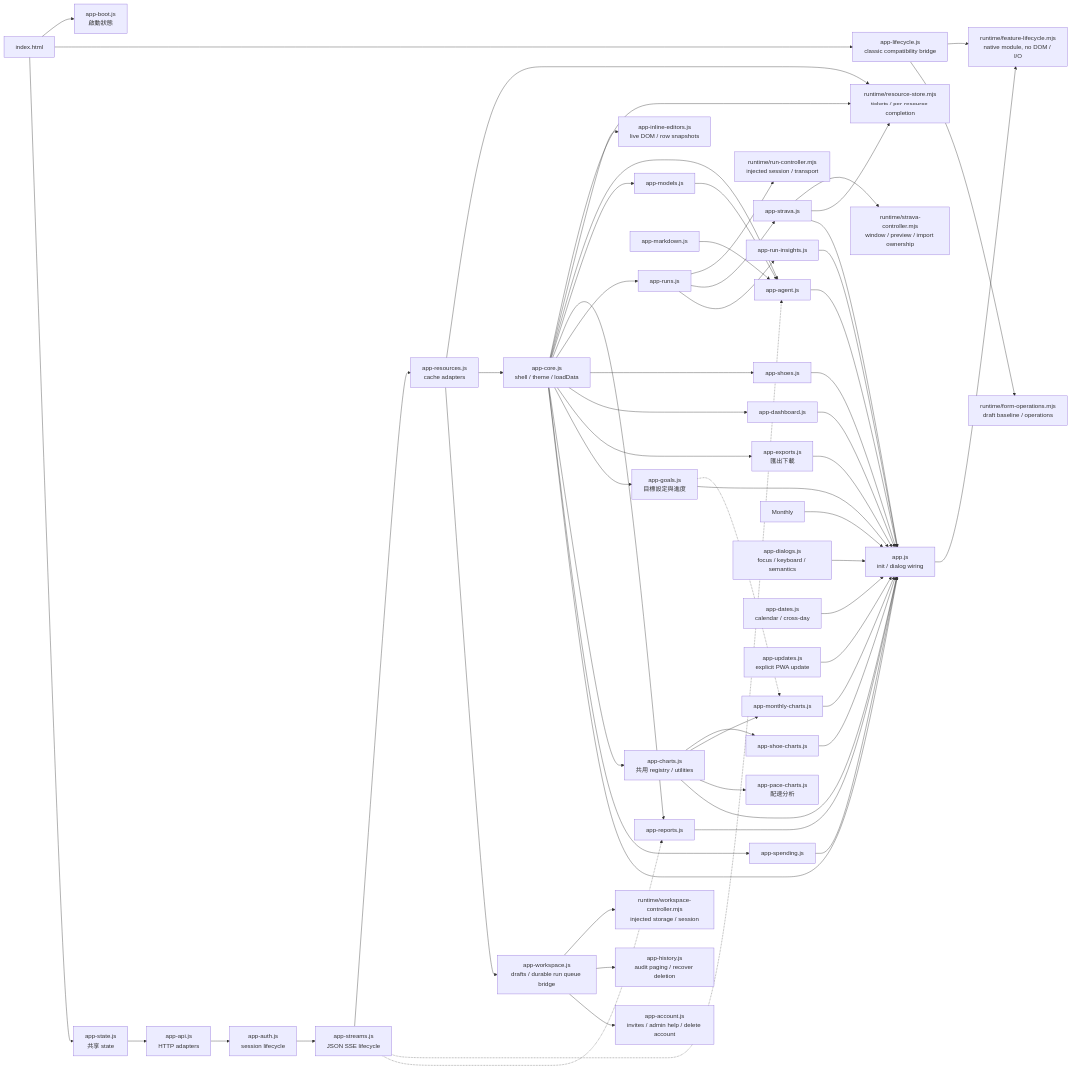
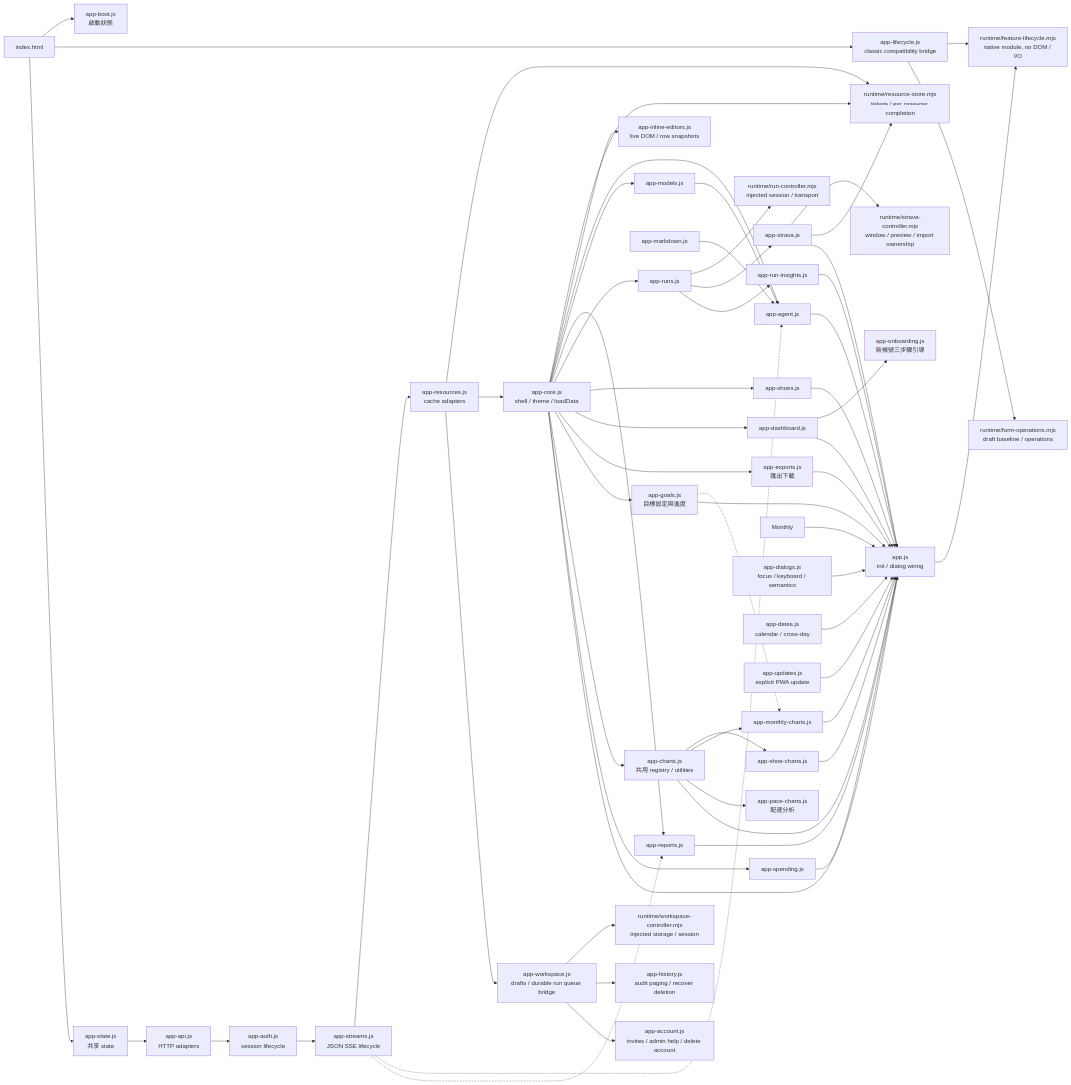
One commit to Teng91/running-shoes changed the sixth of 15 diagrams in docs/architecture.md. Above: the diagram before and after it, drawn with Mermaid. The commit also changed other lines of this file and 23 other files, not shown here.

````diff
--- a/docs/architecture.md
+++ b/docs/architecture.md
@@ -207,61 +207,62 @@
 ```mermaid
 flowchart LR
     HTML[index.html] --> Boot[app-boot.js<br/>啟動狀態]
     HTML --> Lifecycle[app-lifecycle.js<br/>classic compatibility bridge]
     Bootstrap --> Native[runtime/feature-lifecycle.mjs<br/>native module, no DOM / I/O]
     Lifecycle --> Native
     HTML --> State[app-state.js<br/>共享 state]
     State --> API[app-api.js<br/>HTTP adapters]
     API --> AuthUI[app-auth.js<br/>session lifecycle]
     AuthUI --> Streams[app-streams.js<br/>JSON SSE lifecycle]
     Streams --> Resources[app-resources.js<br/>cache adapters]
     Resources --> Store[runtime/resource-store.mjs<br/>tickets / per-resource completion]
     Resources --> Core[app-core.js<br/>shell / theme / loadData]
     Resources --> Workspace[app-workspace.js<br/>drafts / durable run queue bridge]
     Workspace --> WorkspaceNative[runtime/workspace-controller.mjs<br/>injected storage / session]
     Workspace --> History[app-history.js<br/>audit paging / recover deletion]
     Workspace --> Account[app-account.js<br/>invites / admin help / delete account]
     Core --> Store
     Core --> Inline[app-inline-editors.js<br/>live DOM / row snapshots]
     Lifecycle --> Forms[runtime/form-operations.mjs<br/>draft baseline / operations]
     Streams -.-> AgentUI
     Streams -.-> ReportsUI
     Core --> AgentUI[app-agent.js]
     Core --> ModelsUI[app-models.js]
     ModelsUI --> AgentUI
     MarkdownUI[app-markdown.js] --> AgentUI
     Core --> ReportsUI[app-reports.js]
     Core --> RunCRUD[app-runs.js]
     RunCRUD --> RunNative[runtime/run-controller.mjs<br/>injected session / transport]
     RunCRUD --> StravaUI[app-strava.js]
     StravaUI --> StravaNative[runtime/strava-controller.mjs<br/>window / preview / import ownership]
     StravaUI --> Store
     RunCRUD --> RunInsights[app-run-insights.js]
     Core --> ShoesUI[app-shoes.js]
     Core --> Dashboard[app-dashboard.js]
+    Dashboard --> Onboarding[app-onboarding.js<br/>新帳號三步驟引導]
     Core --> ExportsUI[app-exports.js<br/>匯出下載]
     Core --> GoalsUI[app-goals.js<br/>目標設定與進度]
     Core --> Charts[app-charts.js<br/>共用 registry / utilities]
     Charts --> ShoeCharts[app-shoe-charts.js]
     Charts --> MileageCharts[app-monthly-charts.js]
     Charts --> PaceCharts[app-pace-charts.js<br/>配速分析]
     GoalsUI -.-> MileageCharts
     Core --> Spending[app-spending.js]
     Core --> Bootstrap[app.js<br/>init / dialog wiring]
     AgentUI --> Bootstrap
     ReportsUI --> Bootstrap
     StravaUI --> Bootstrap
     RunInsights --> Bootstrap
     ShoesUI --> Bootstrap
     Dashboard --> Bootstrap
     Monthly --> Bootstrap
     ExportsUI --> Bootstrap
     GoalsUI --> Bootstrap
     Charts --> Bootstrap
     ShoeCharts --> Bootstrap
     MileageCharts --> Bootstrap
     Spending --> Bootstrap
     Dialogs[app-dialogs.js<br/>focus / keyboard / semantics] --> Bootstrap
     Dates[app-dates.js<br/>calendar / cross-day] --> Bootstrap
     Updates[app-updates.js<br/>explicit PWA update] --> Bootstrap
 ```
````
